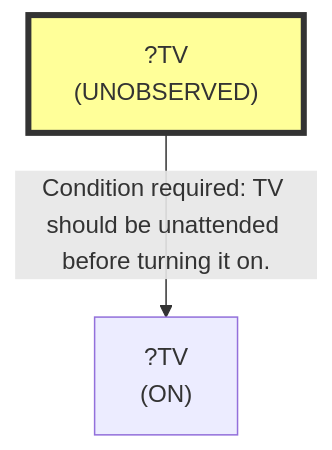
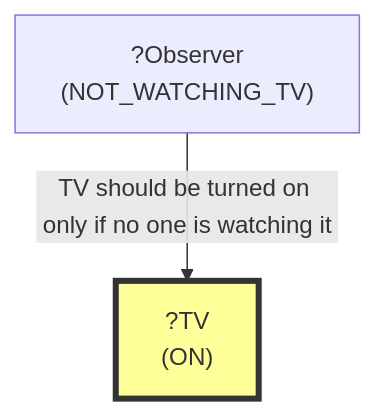
One commit to scuama/virtualhome changed the first of 17 diagrams in evaluation/results/table2/robostate/scale/S7/E_MULTI_G02_S7/run_E_MULTI_G02_S7.md. Above: the diagram before and after it, drawn with Mermaid. The commit also changed other lines of this file and 108 other files, not shown here.

````diff
--- a/evaluation/results/table2/robostate/scale/S7/E_MULTI_G02_S7/run_E_MULTI_G02_S7.md
+++ b/evaluation/results/table2/robostate/scale/S7/E_MULTI_G02_S7/run_E_MULTI_G02_S7.md
@@ -104,7 +104,7 @@
 ```mermaid
 graph TD
     N1["?TV<br>(ON)"]
-    N2["?TV<br>(UNOBSERVED)"]
-    style N2 fill:#ff9,stroke:#333,stroke-width:4px
-    N2 -->|"Condition required: TV should be unattended before turning it on."| N1
+    style N1 fill:#ff9,stroke:#333,stroke-width:4px
+    N2["?Observer<br>(NOT_WATCHING_TV)"]
+    N2 -->|"TV should be turned on only if no one is watching it"| N1
 ```
````
